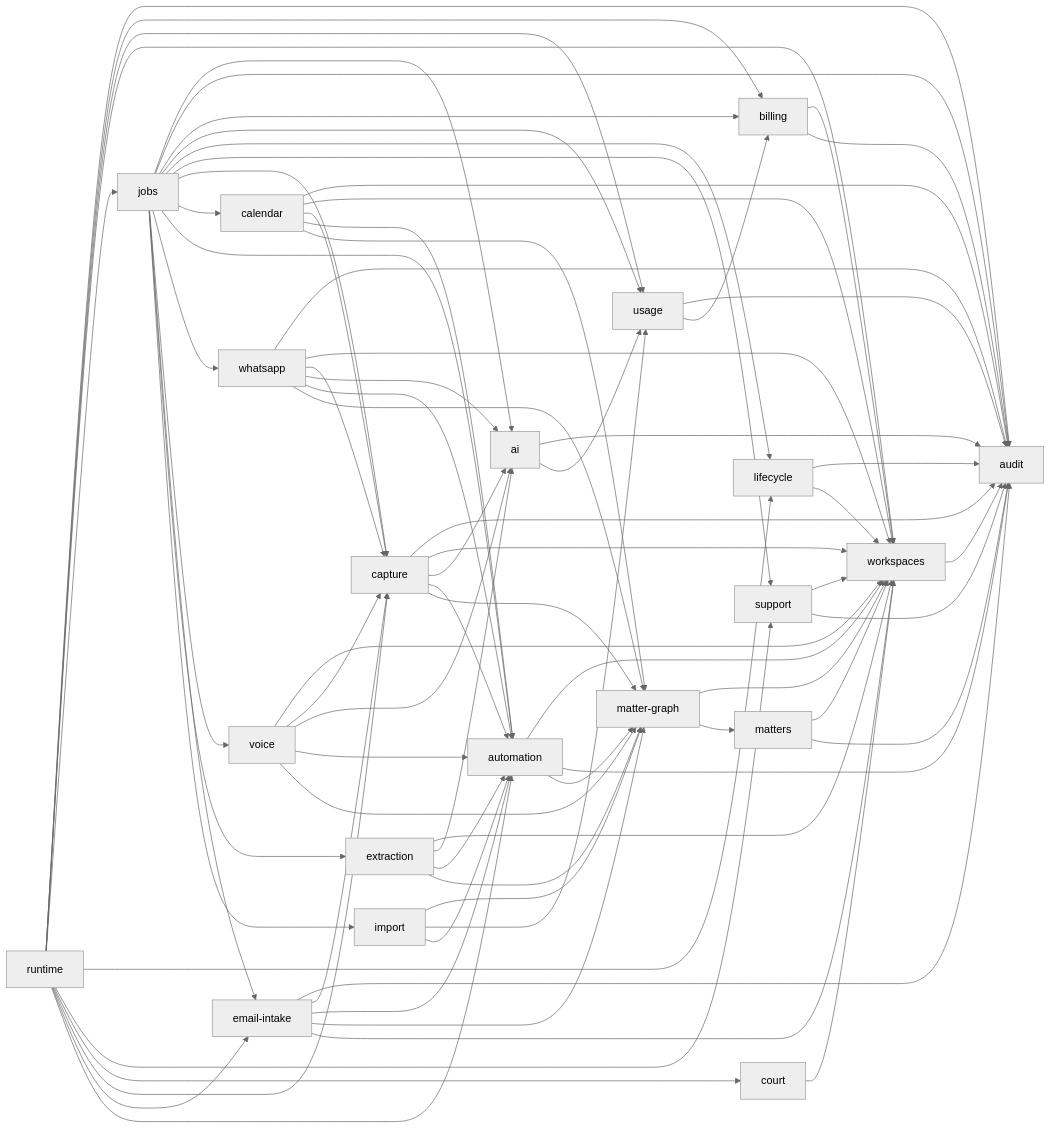
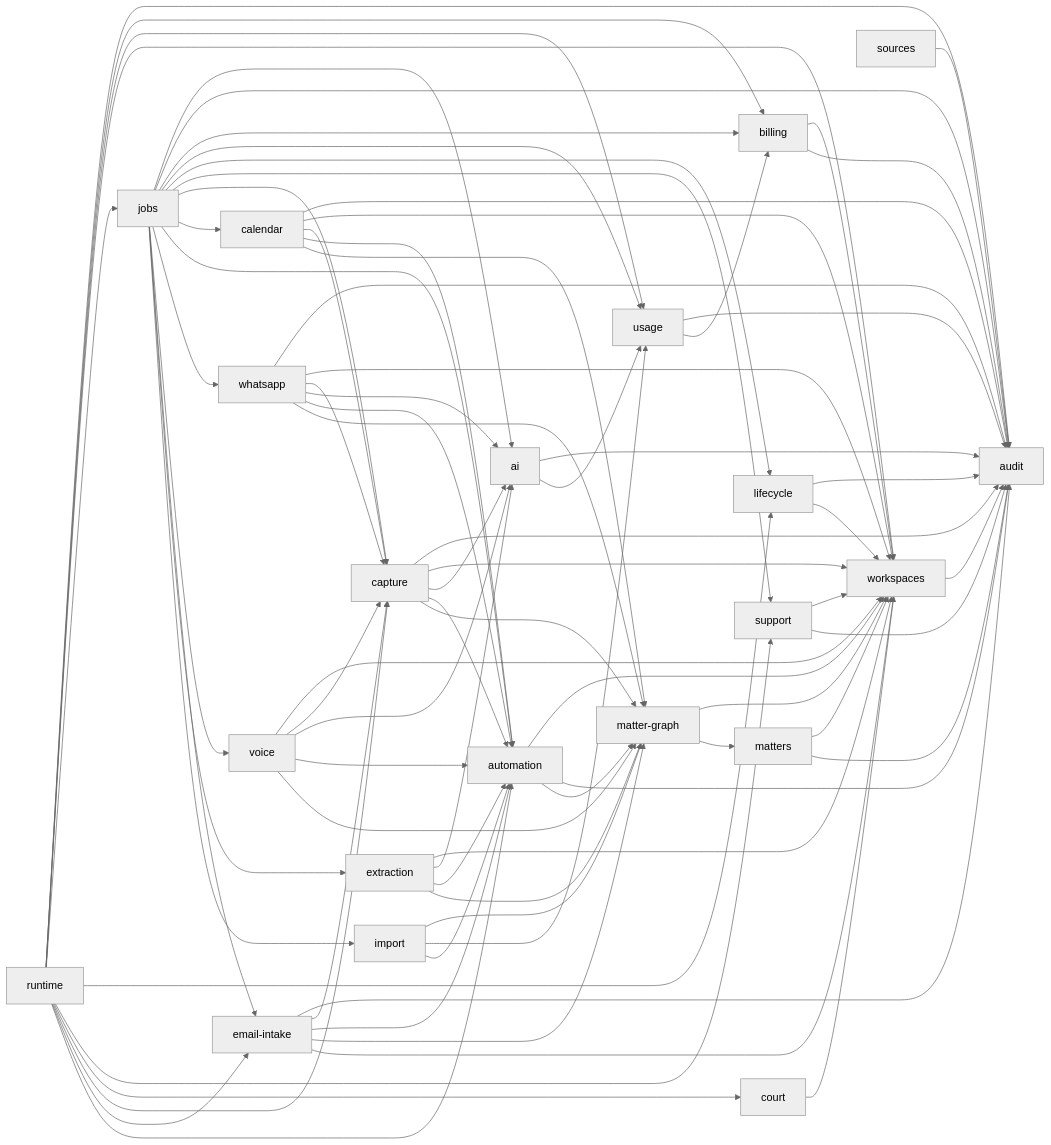
The diagram in docs/engineering/core-domains.md (RapierCraftStudios/causedeck), drawn with Mermaid (neutral theme) before and after one commit. The commit also changed other lines of this file and 18 other files, not shown here.

````diff
--- a/docs/engineering/core-domains.md
+++ b/docs/engineering/core-domains.md
@@ -67,80 +68,81 @@
 ```mermaid
 graph LR
   workspaces --> audit
   matters --> workspaces
   matters --> audit
   court --> workspaces
   matter-graph --> workspaces
   matter-graph --> matters
   automation --> workspaces
   automation --> audit
   automation --> matter-graph
   import --> matter-graph
   import --> usage
   import --> automation
   billing --> workspaces
   billing --> audit
   usage --> audit
   usage --> billing
   ai --> audit
   ai --> usage
   lifecycle --> audit
   lifecycle --> workspaces
+  sources --> audit
   support --> workspaces
   support --> audit
   capture --> audit
   capture --> workspaces
   capture --> ai
   capture --> automation
   capture --> matter-graph
   email-intake --> audit
   email-intake --> capture
   email-intake --> automation
   email-intake --> matter-graph
   email-intake --> workspaces
   jobs --> ai
   jobs --> audit
   jobs --> billing
   jobs --> usage
   jobs --> lifecycle
   jobs --> support
   jobs --> capture
   jobs --> calendar
   jobs --> automation
   jobs --> whatsapp
   jobs --> voice
   jobs --> email-intake
   jobs --> extraction
   jobs --> import
   calendar --> audit
   calendar --> workspaces
   calendar --> capture
   calendar --> automation
   calendar --> matter-graph
   whatsapp --> audit
   whatsapp --> workspaces
   whatsapp --> capture
   whatsapp --> ai
   whatsapp --> automation
   whatsapp --> matter-graph
   voice --> workspaces
   voice --> capture
   voice --> ai
   voice --> automation
   voice --> matter-graph
   extraction --> workspaces
   extraction --> ai
   extraction --> automation
   extraction --> matter-graph
   runtime --> audit
   runtime --> billing
   runtime --> usage
   runtime --> workspaces
   runtime --> jobs
   runtime --> lifecycle
   runtime --> support
   runtime --> court
   runtime --> capture
   runtime --> email-intake
   runtime --> automation
 ```
````
